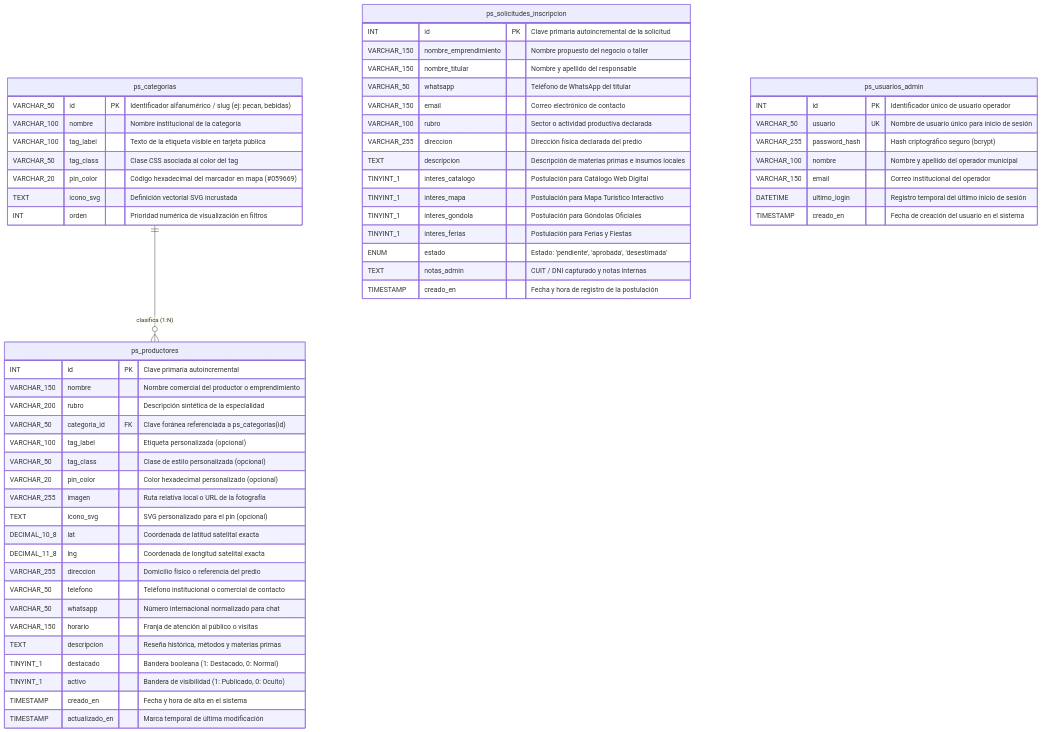
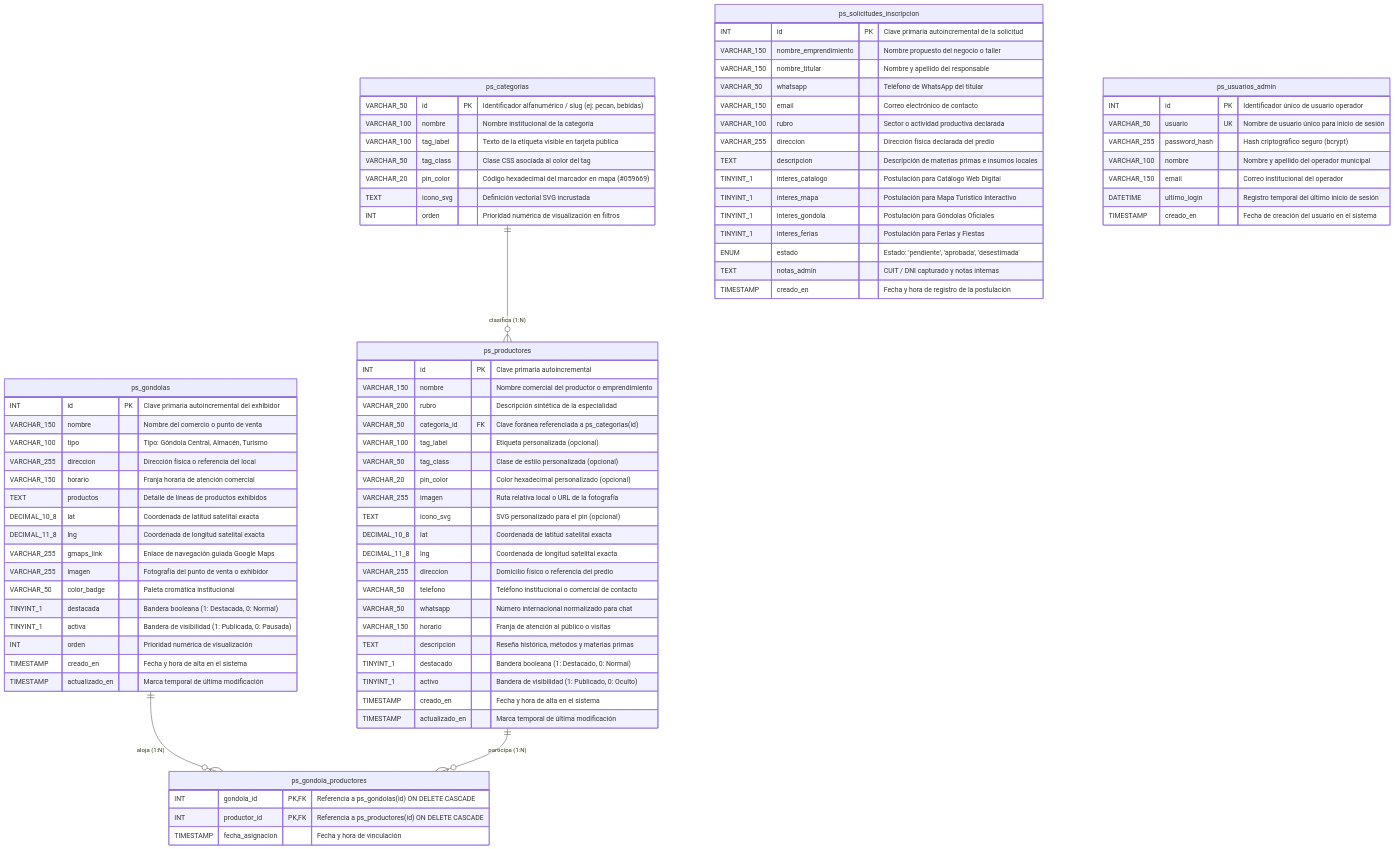
One commit to ea00d009/hechoensanjose changed the first of 2 diagrams in README.md. Above: the diagram before and after it, drawn with Mermaid. The commit also changed other lines of this file and 30 other files, not shown here.

````diff
--- a/README.md
+++ b/README.md
@@ -70,6 +70,8 @@
 ```mermaid
 erDiagram
     ps_categorias ||--o{ ps_productores : "clasifica (1:N)"
+    ps_gondolas ||--o{ ps_gondola_productores : "aloja (1:N)"
+    ps_productores ||--o{ ps_gondola_productores : "participa (1:N)"
     
     ps_categorias {
         VARCHAR_50 id PK "Identificador alfanumérico / slug (ej: pecan, bebidas)"
@@ -103,6 +105,31 @@
         TIMESTAMP creado_en "Fecha y hora de alta en el sistema"
         TIMESTAMP actualizado_en "Marca temporal de última modificación"
     }
+
+    ps_gondolas {
+        INT id PK "Clave primaria autoincremental del exhibidor"
+        VARCHAR_150 nombre "Nombre del comercio o punto de venta"
+        VARCHAR_100 tipo "Tipo: Góndola Central, Almacén, Turismo"
+        VARCHAR_255 direccion "Dirección física o referencia del local"
+        VARCHAR_150 horario "Franja horaria de atención comercial"
+        TEXT productos "Detalle de líneas de productos exhibidos"
+        DECIMAL_10_8 lat "Coordenada de latitud satelital exacta"
+        DECIMAL_11_8 lng "Coordenada de longitud satelital exacta"
+        VARCHAR_255 gmaps_link "Enlace de navegación guiada Google Maps"
+        VARCHAR_255 imagen "Fotografía del punto de venta o exhibidor"
+        VARCHAR_50 color_badge "Paleta cromática institucional"
+        TINYINT_1 destacada "Bandera booleana (1: Destacada, 0: Normal)"
+        TINYINT_1 activa "Bandera de visibilidad (1: Publicada, 0: Pausada)"
+        INT orden "Prioridad numérica de visualización"
+        TIMESTAMP creado_en "Fecha y hora de alta en el sistema"
+        TIMESTAMP actualizado_en "Marca temporal de última modificación"
+    }
+
+    ps_gondola_productores {
+        INT gondola_id PK,FK "Referencia a ps_gondolas(id) ON DELETE CASCADE"
+        INT productor_id PK,FK "Referencia a ps_productores(id) ON DELETE CASCADE"
+        TIMESTAMP fecha_asignacion "Fecha y hora de vinculación"
+    }
     
     ps_solicitudes_inscripcion {
         INT id PK "Clave primaria autoincremental de la solicitud"
````
